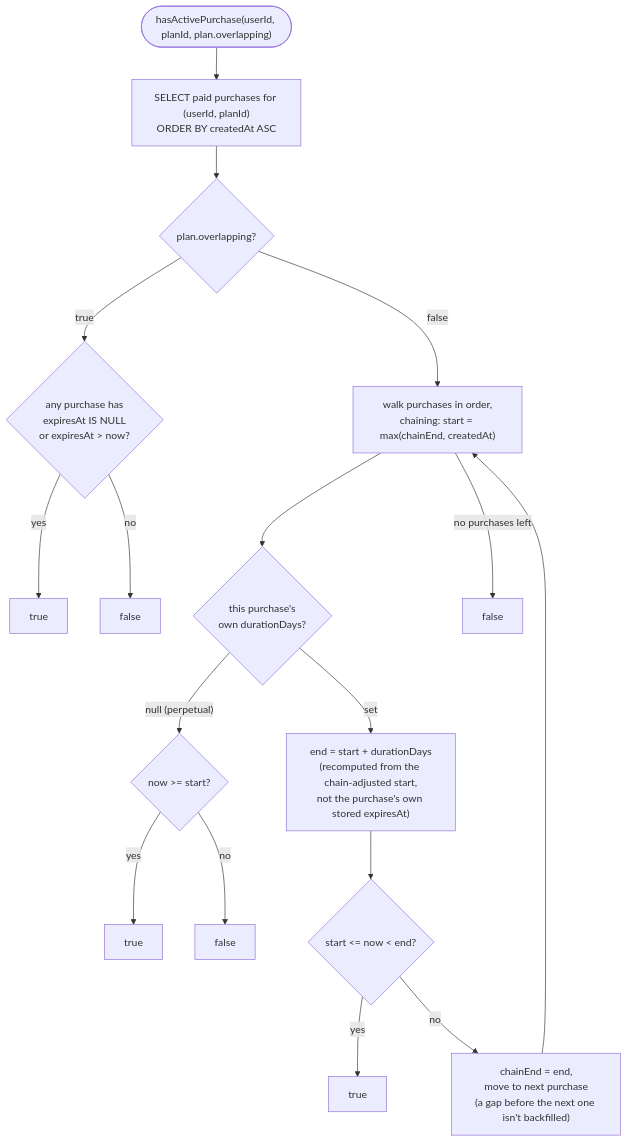
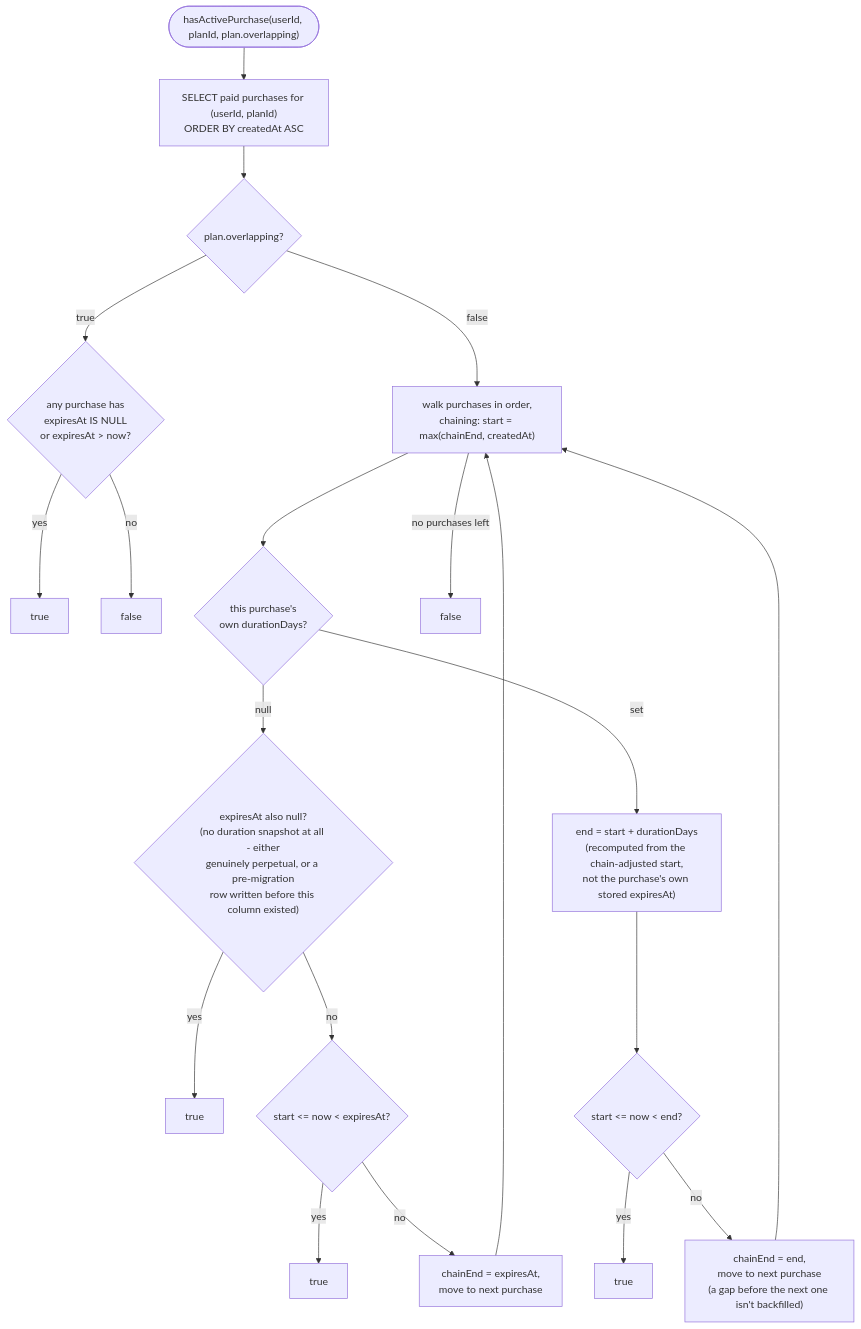
One commit to FranciscoAVD/backend changed the seventh of 7 diagrams in src/features/payments/CONTROL_FLOW.md. Above: the diagram before and after it, drawn with Mermaid. The commit also changed other lines of this file and 6 other files, not shown here.

First line of the commit message:
Fix webhook duplicate/ownership checks, status-transition races, and null-duration expiry read

````diff
--- a/src/features/payments/CONTROL_FLOW.md
+++ b/src/features/payments/CONTROL_FLOW.md
@@ -242,21 +263,24 @@
 ```mermaid
 flowchart TD
     Start(["hasActivePurchase(userId, planId, plan.overlapping)"]) --> Fetch["SELECT paid purchases for (userId, planId)\nORDER BY createdAt ASC"]
     Fetch --> Overlap{"plan.overlapping?"}
 
     Overlap -- true --> AnyActive{"any purchase has\nexpiresAt IS NULL\nor expiresAt > now?"}
     AnyActive -- yes --> True1["true"]
     AnyActive -- no --> False1["false"]
 
     Overlap -- false --> Walk["walk purchases in order,\nchaining: start = max(chainEnd, createdAt)"]
     Walk --> PerDuration{"this purchase's\nown durationDays?"}
-    PerDuration -- "null (perpetual)" --> NowPast{"now >= start?"}
-    NowPast -- yes --> True2["true"]
-    NowPast -- no --> False2["false"]
+    PerDuration -- "null" --> ExpiresNull{"expiresAt also null?\n(no duration snapshot at all - either\ngenuinely perpetual, or a pre-migration\nrow written before this column existed)"}
+    ExpiresNull -- yes --> True2["true"]
+    ExpiresNull -- no --> InExpiresWindow{"start <= now < expiresAt?"}
+    InExpiresWindow -- yes --> True2b["true"]
+    InExpiresWindow -- no --> Advance2["chainEnd = expiresAt,\nmove to next purchase"]
+    Advance2 --> Walk
     PerDuration -- "set" --> Recompute["end = start + durationDays\n(recomputed from the chain-adjusted start,\nnot the purchase's own stored expiresAt)"]
     Recompute --> InWindow{"start <= now < end?"}
     InWindow -- yes --> True3["true"]
     InWindow -- no --> Advance["chainEnd = end,\nmove to next purchase\n(a gap before the next one isn't backfilled)"]
     Advance --> Walk
     Walk -->|no purchases left| False3["false"]
 ```
````
